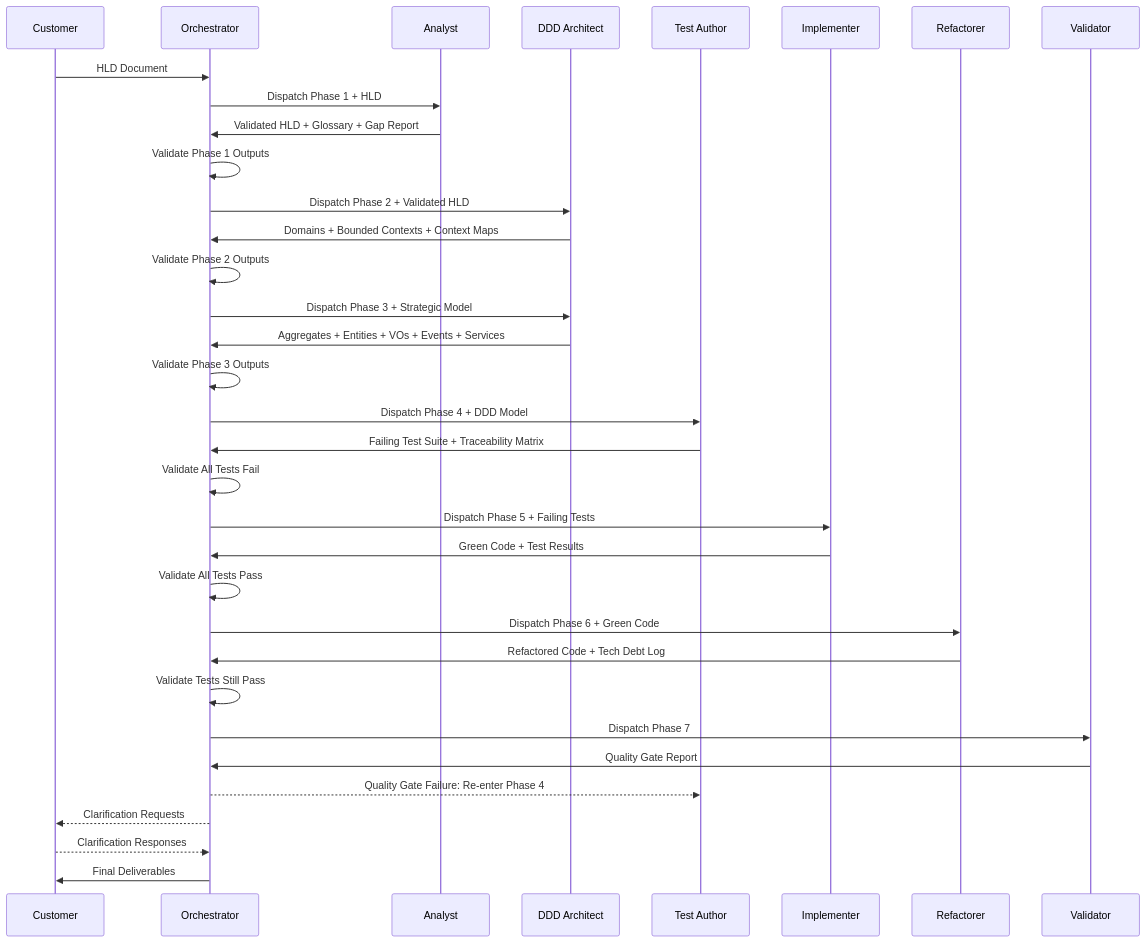
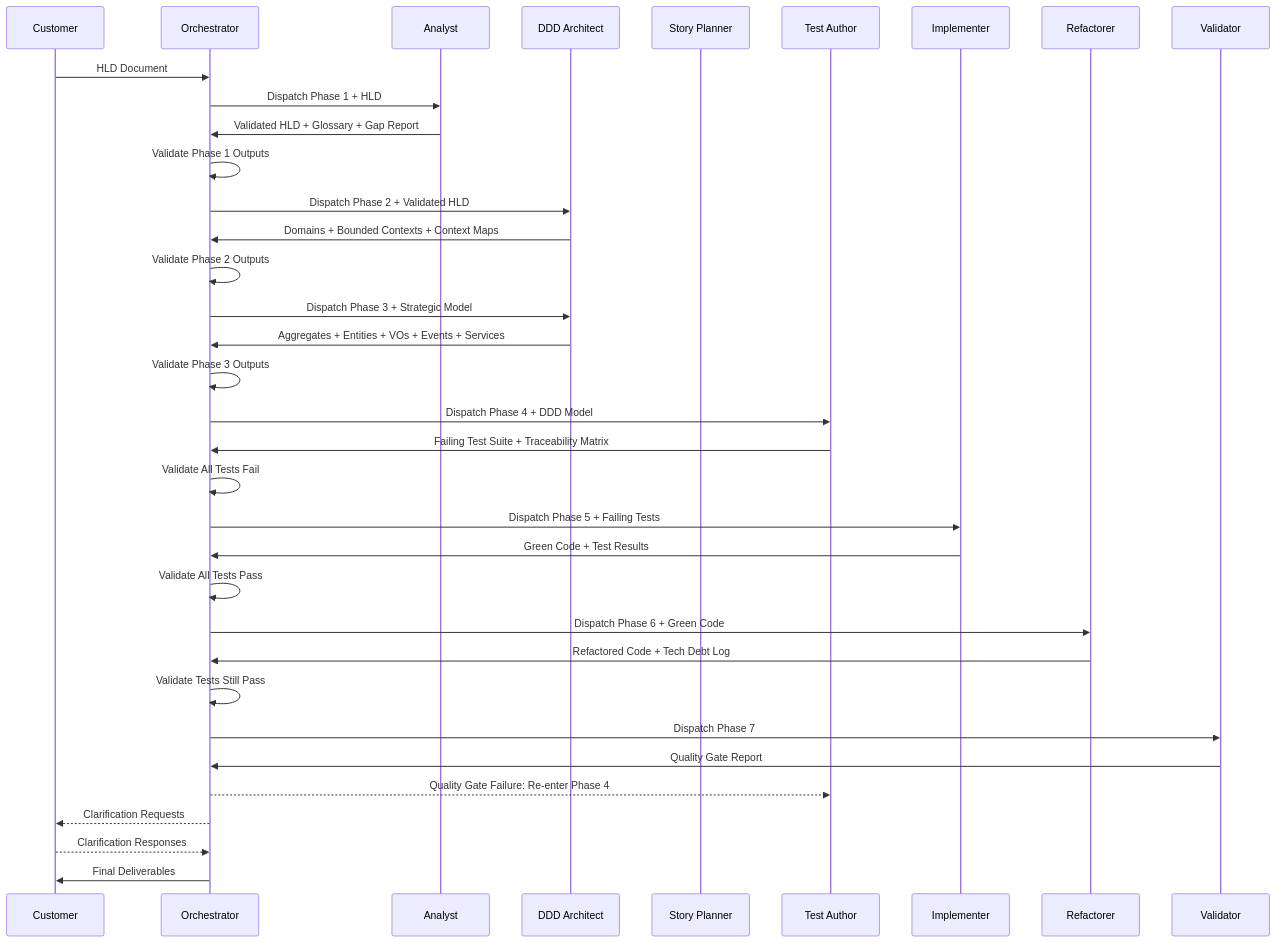
The third of 3 diagrams in plans/tdd-ddd-framework-plan.md (Yarovinsky/Templates), drawn with Mermaid before and after one commit. The commit also changed other lines of this file and 16 other files, not shown here.

Commit message:
feat: Update framework to reflect Phase 5 and Phase 6 transitions, enhance documentation, and add schema definitions for backlog and story artifacts

````diff
--- a/plans/tdd-ddd-framework-plan.md
+++ b/plans/tdd-ddd-framework-plan.md
@@ -350,37 +364,38 @@
 ```mermaid
 sequenceDiagram
     participant CU as Customer
     participant OR as Orchestrator
     participant AN as Analyst
     participant AR as DDD Architect
+    participant SP as Story Planner
     participant TA as Test Author
     participant IM as Implementer
     participant RE as Refactorer
     participant VA as Validator
 
     CU->>OR: HLD Document
     OR->>AN: Dispatch Phase 1 + HLD
     AN->>OR: Validated HLD + Glossary + Gap Report
     OR->>OR: Validate Phase 1 Outputs
     OR->>AR: Dispatch Phase 2 + Validated HLD
     AR->>OR: Domains + Bounded Contexts + Context Maps
     OR->>OR: Validate Phase 2 Outputs
     OR->>AR: Dispatch Phase 3 + Strategic Model
     AR->>OR: Aggregates + Entities + VOs + Events + Services
     OR->>OR: Validate Phase 3 Outputs
     OR->>TA: Dispatch Phase 4 + DDD Model
     TA->>OR: Failing Test Suite + Traceability Matrix
     OR->>OR: Validate All Tests Fail
     OR->>IM: Dispatch Phase 5 + Failing Tests
     IM->>OR: Green Code + Test Results
     OR->>OR: Validate All Tests Pass
     OR->>RE: Dispatch Phase 6 + Green Code
     RE->>OR: Refactored Code + Tech Debt Log
     OR->>OR: Validate Tests Still Pass
     OR->>VA: Dispatch Phase 7
     VA->>OR: Quality Gate Report
     OR-->>TA: Quality Gate Failure: Re-enter Phase 4
     OR-->>CU: Clarification Requests
     CU-->>OR: Clarification Responses
     OR->>CU: Final Deliverables
 ```
````
